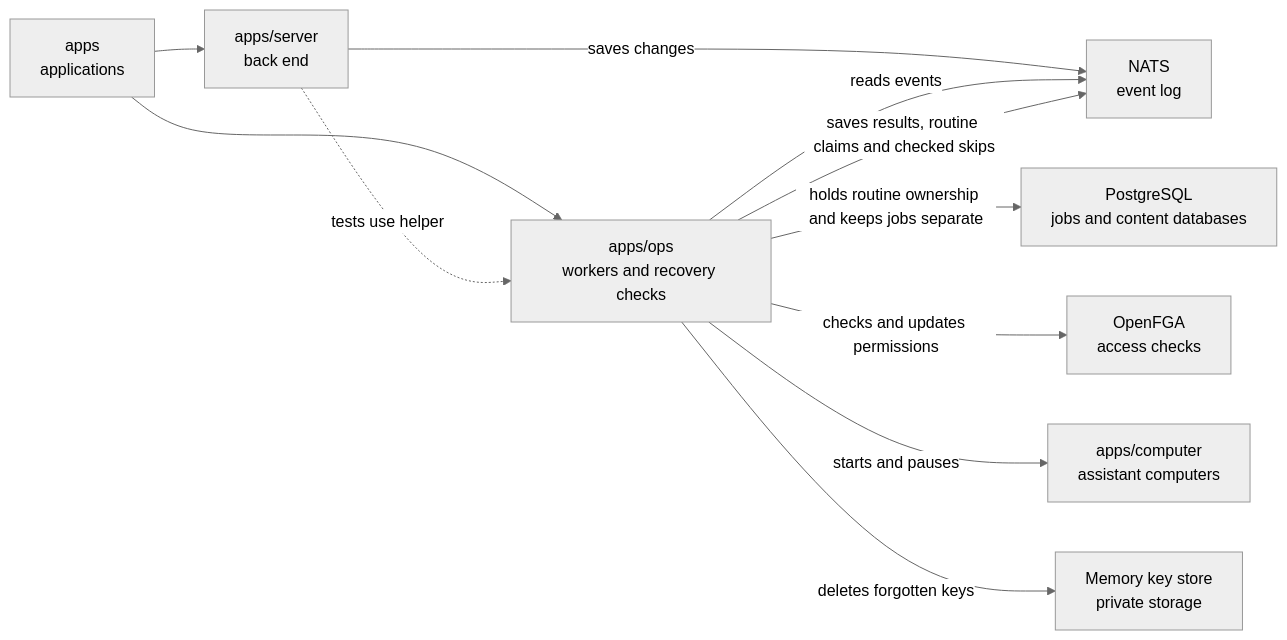
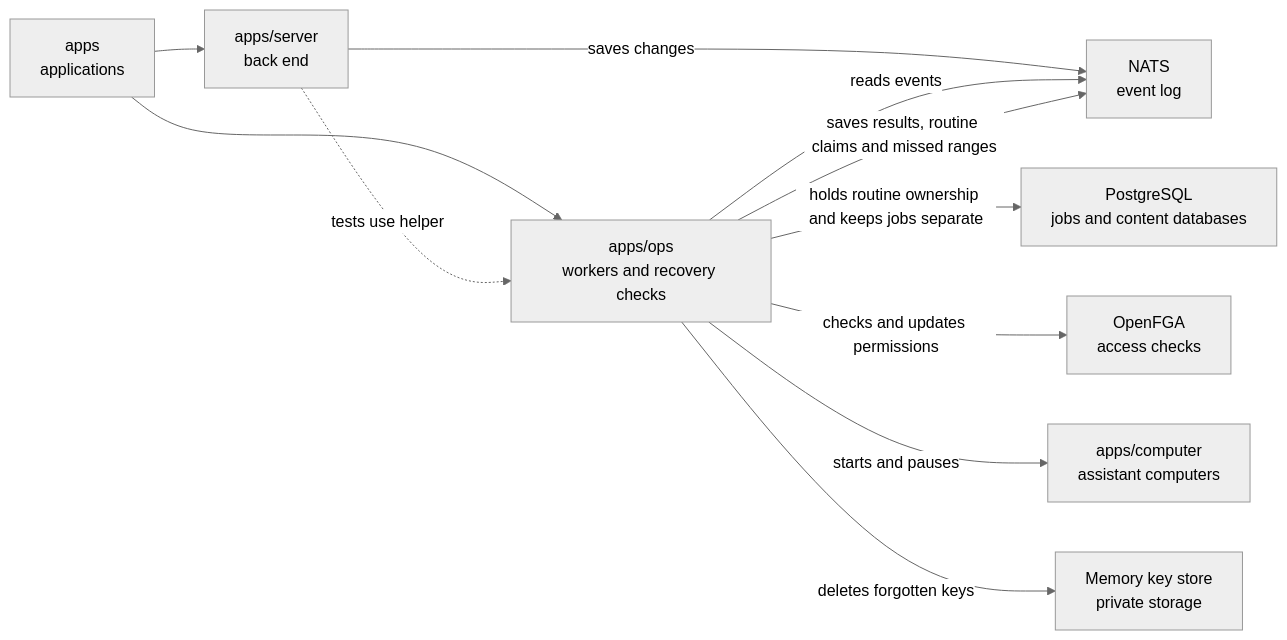
Before and after one commit to elewa-git/opencrane-new: the diagram in apps/ops/README.md, drawn with Mermaid (neutral theme). The commit also changed other lines of this file and 4 other files, not shown here.

````diff
--- a/apps/ops/README.md
+++ b/apps/ops/README.md
@@ -17,13 +17,13 @@
 ```mermaid
 flowchart LR
   apps["apps<br/>applications"] --> ops["apps/ops<br/>workers and recovery checks"]
   apps --> server["apps/server<br/>back end"]
   server -.->|tests use helper| ops
   server -->|saves changes| nats["NATS<br/>event log"]
   ops -->|reads events| nats
-  ops -->|saves results, routine claims and checked skips| nats
+  ops -->|saves results, routine claims and missed ranges| nats
   ops -->|holds routine ownership and keeps jobs separate| pg["PostgreSQL<br/>jobs and content databases"]
   ops -->|checks and updates permissions| fga["OpenFGA<br/>access checks"]
   ops -->|starts and pauses| computer["apps/computer<br/>assistant computers"]
   ops -->|deletes forgotten keys| keys["Memory key store<br/>private storage"]
 ```
````
